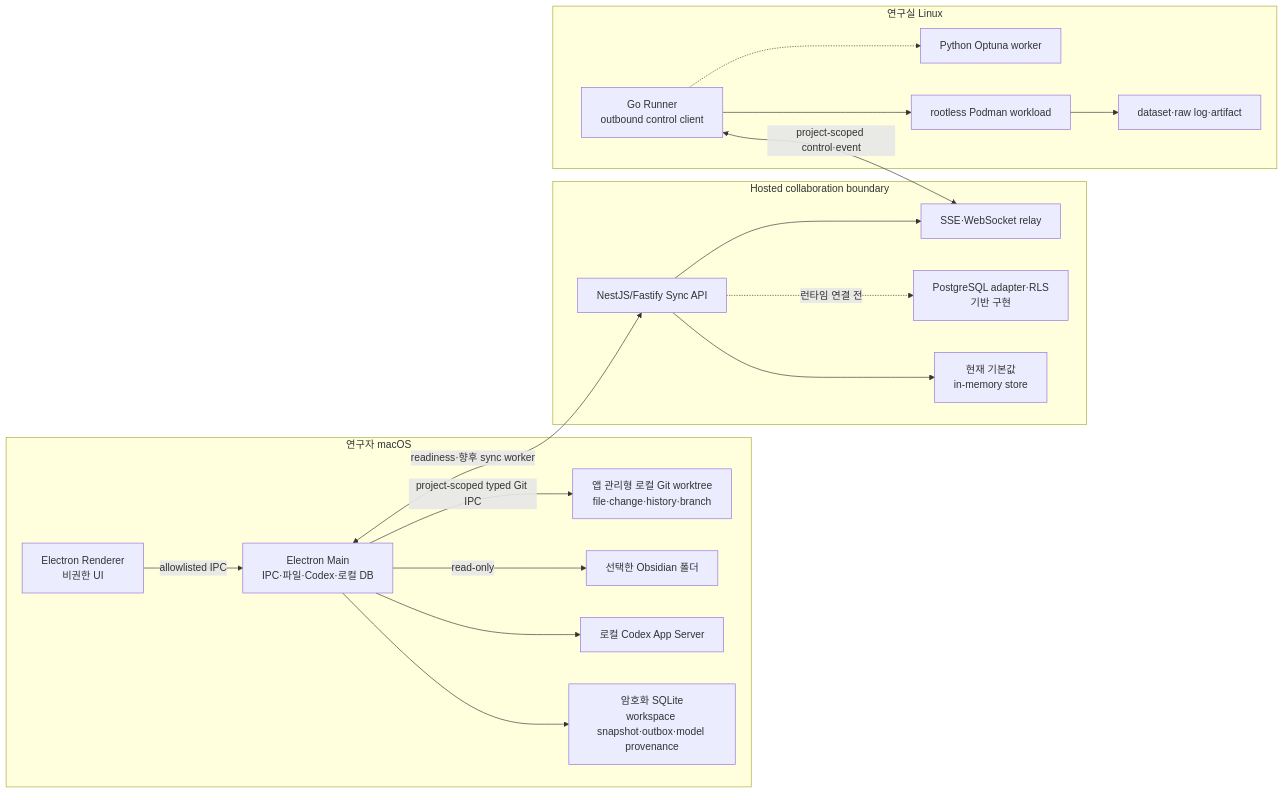
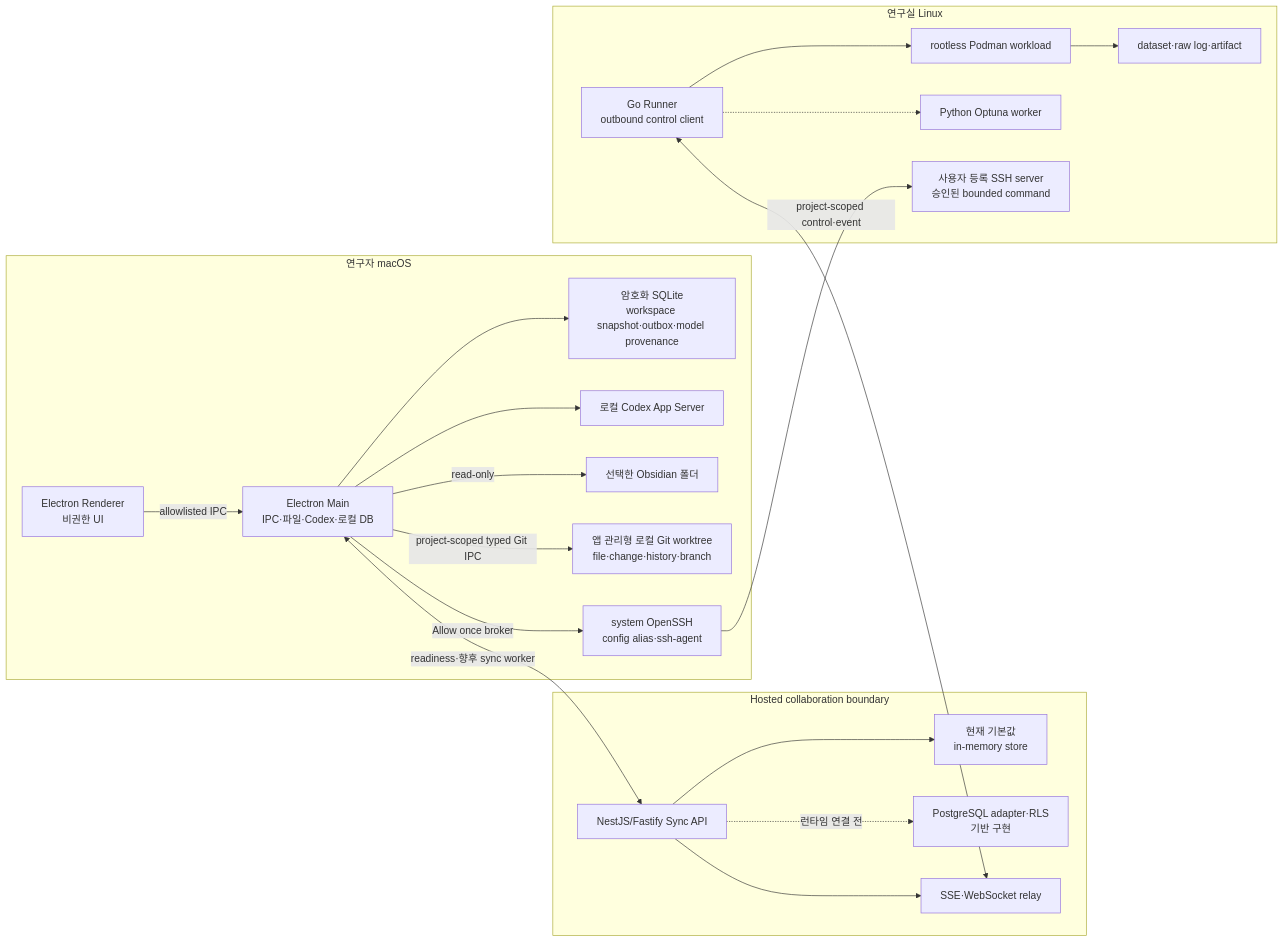
Before and after one commit to gli-minsuk-shin/GOSU: the first of 6 diagrams in docs/ARCHITECTURE.md, drawn with Mermaid. The commit also changed other lines of this file and 54 other files, not shown here.

````diff
--- a/docs/ARCHITECTURE.md
+++ b/docs/ARCHITECTURE.md
@@ -45,39 +45,42 @@
 ```mermaid
 flowchart LR
   subgraph Mac["연구자 macOS"]
     Renderer["Electron Renderer\n비권한 UI"]
     Main["Electron Main\nIPC·파일·Codex·로컬 DB"]
     LocalDB["암호화 SQLite\nworkspace snapshot·outbox·model provenance"]
     Codex["로컬 Codex App Server"]
     Vault["선택한 Obsidian 폴더"]
     Git["앱 관리형 로컬 Git worktree\nfile·change·history·branch"]
+    OpenSSH["system OpenSSH\nconfig alias·ssh-agent"]
   end
 
   subgraph Hosted["Hosted collaboration boundary"]
     API["NestJS/Fastify Sync API"]
     Memory["현재 기본값\nin-memory store"]
     Postgres["PostgreSQL adapter·RLS\n기반 구현"]
     Relay["SSE·WebSocket relay"]
   end
 
   subgraph Lab["연구실 Linux"]
     Runner["Go Runner\noutbound control client"]
     Podman["rootless Podman workload"]
     Artifacts["dataset·raw log·artifact"]
     Optimizer["Python Optuna worker"]
+    SshHost["사용자 등록 SSH server\n승인된 bounded command"]
   end
 
   Renderer -->|"allowlisted IPC"| Main
   Main --> LocalDB
   Main --> Codex
   Main -->|"read-only"| Vault
   Main -->|"project-scoped typed Git IPC"| Git
+  Main -->|"Allow once broker"| OpenSSH --> SshHost
   Main <-->|"readiness·향후 sync worker"| API
   API --> Memory
   API -.->|"런타임 연결 전"| Postgres
   API --> Relay
   Runner <-->|"project-scoped control·event"| Relay
   Runner --> Podman
   Podman --> Artifacts
   Runner -.-> Optimizer
 ```
````
